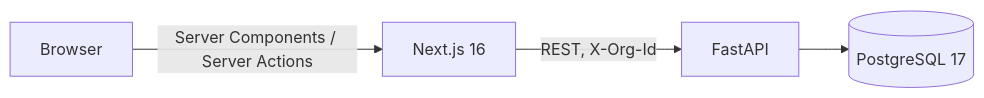
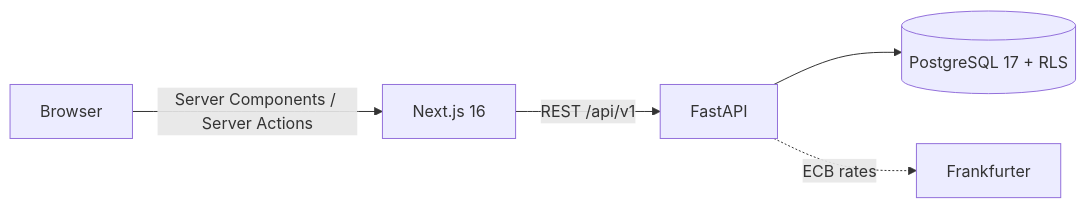
One commit to Pchambet/FreightSight changed the diagram in README.md. Above: the diagram before and after it, drawn with Mermaid. The commit also changed other lines of this file and 34 other files, not shown here.

````diff
--- a/README.md
+++ b/README.md
@@ -47,6 +57,7 @@
 ```mermaid
 graph LR
     Browser -->|Server Components / Server Actions| Next[Next.js 16]
-    Next -->|REST, X-Org-Id| API[FastAPI]
-    API --> PG[(PostgreSQL 17)]
+    Next -->|REST /api/v1| API[FastAPI]
+    API --> PG[(PostgreSQL 17 + RLS)]
+    API -.->|ECB rates| FX[Frankfurter]
 ```
````
